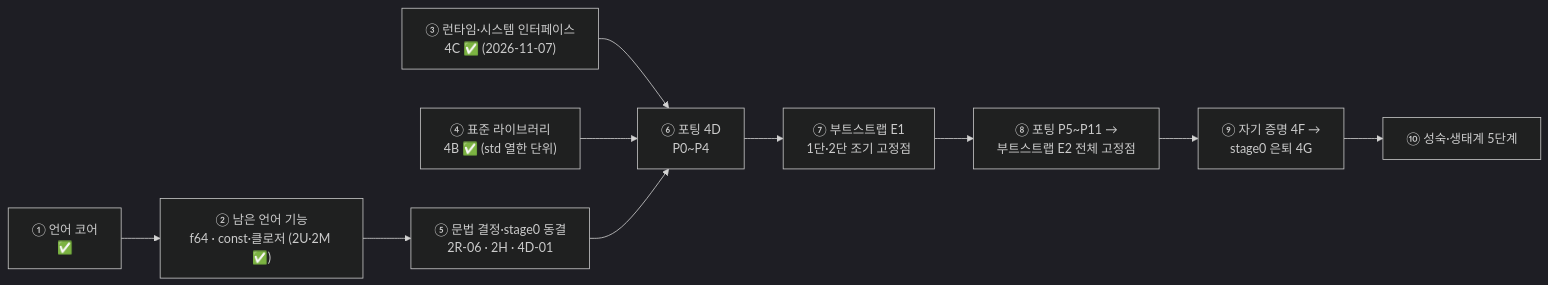
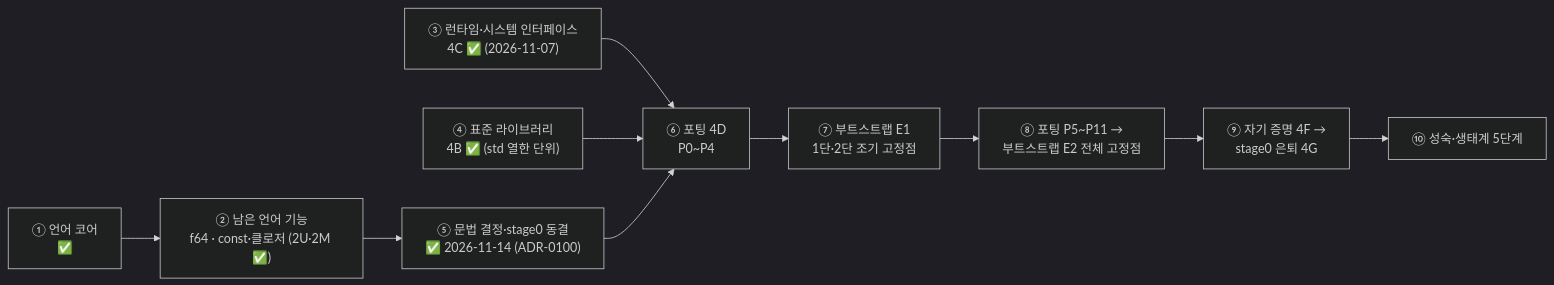
The second of 4 diagrams in docs/ROADMAP.md (lang-bmb/lang-bmb), drawn with Mermaid (dark theme) before and after one commit. The commit also changed other lines of this file and 17 other files, not shown here.

First line of the commit message:
stage0 기능 동결 선언 (4D-01): ADR-0100 채택, frozen: true, 버전 0.1.0

````diff
--- a/docs/ROADMAP.md
+++ b/docs/ROADMAP.md
@@ -114,10 +114,10 @@
 ```mermaid
 flowchart LR
     L1["① 언어 코어<br/>✅"] --> L2["② 남은 언어 기능<br/>f64 · const·클로저 (2U·2M ✅)"]
     L2 --> L5
     L3["③ 런타임·시스템 인터페이스<br/>4C ✅ (2026-11-07)"] --> L6
     L4["④ 표준 라이브러리<br/>4B ✅ (std 열한 단위)"] --> L6
-    L5["⑤ 문법 결정·stage0 동결<br/>2R-06 · 2H · 4D-01"] --> L6["⑥ 포팅 4D<br/>P0~P4"]
+    L5["⑤ 문법 결정·stage0 동결<br/>✅ 2026-11-14 (ADR-0100)"] --> L6["⑥ 포팅 4D<br/>P0~P4"]
     L6 --> L7["⑦ 부트스트랩 E1<br/>1단·2단 조기 고정점"] --> L8["⑧ 포팅 P5~P11 →<br/>부트스트랩 E2 전체 고정점"]
     L8 --> L9["⑨ 자기 증명 4F →<br/>stage0 은퇴 4G"] --> L10["⑩ 성숙·생태계 5단계"]
 ```
````
